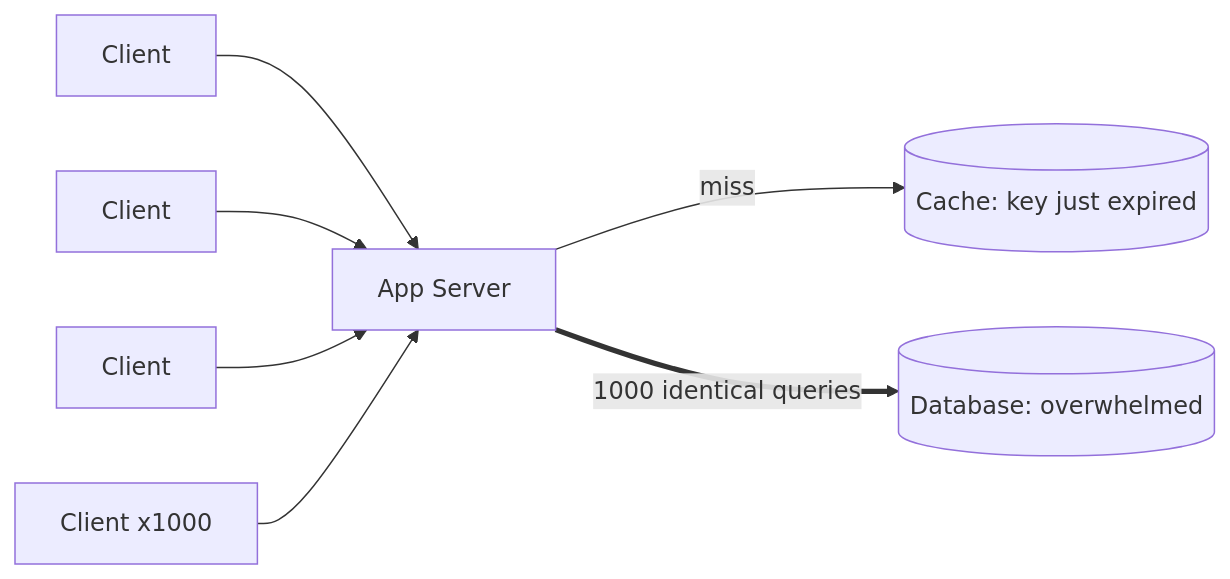
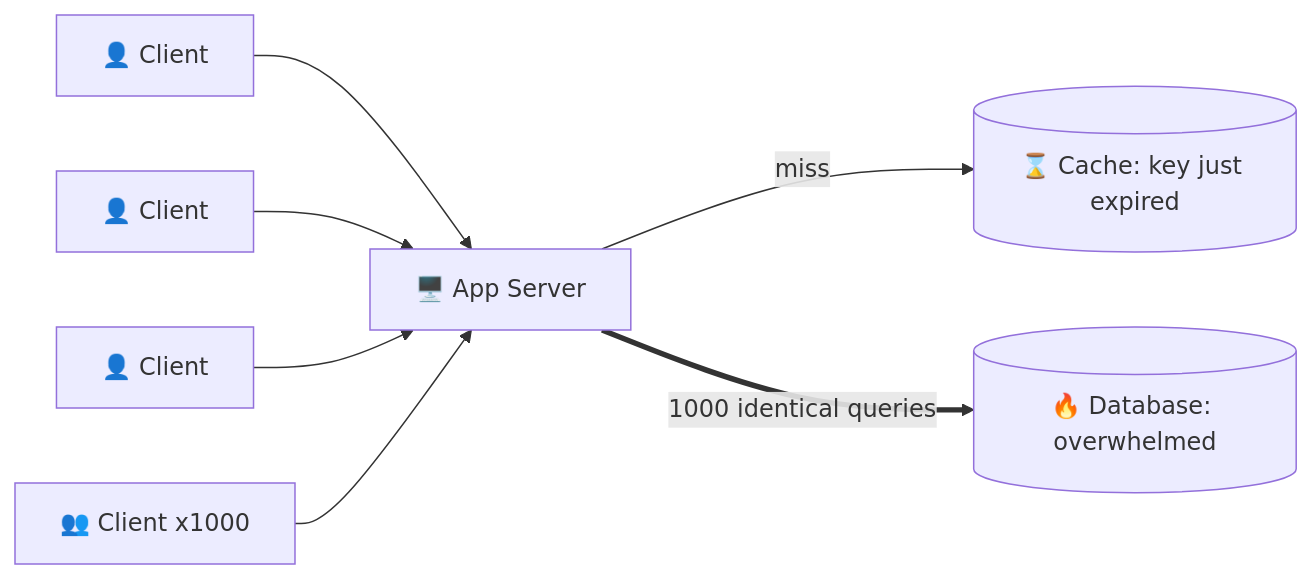
One commit to visheshkodwani/HLD changed the ninth of 13 diagrams in hello-interview/core-concepts/caching.md. Above: the diagram before and after it, drawn with Mermaid. The commit also changed other lines of this file and 7 other files, not shown here.

First line of the commit message:
Give HLD its own Ember theme, richer diagrams, sidebar sections

````diff
--- a/hello-interview/core-concepts/caching.md
+++ b/hello-interview/core-concepts/caching.md
@@ -385,9 +385,9 @@
 ```mermaid
 flowchart LR
-    C1["Client"] --> A["App Server"]
-    C2["Client"] --> A
-    C3["Client"] --> A
-    C4["Client x1000"] --> A
-    A -->|"miss"| R[("Cache: key just expired")]
-    A ==>|"1000 identical queries"| D[("Database: overwhelmed")]
+    C1["👤 Client"] --> A["🖥️ App Server"]
+    C2["👤 Client"] --> A
+    C3["👤 Client"] --> A
+    C4["👥 Client x1000"] --> A
+    A -->|"miss"| R[("⌛ Cache: key just expired")]
+    A ==>|"1000 identical queries"| D[("🔥 Database: overwhelmed")]
 ```
````
